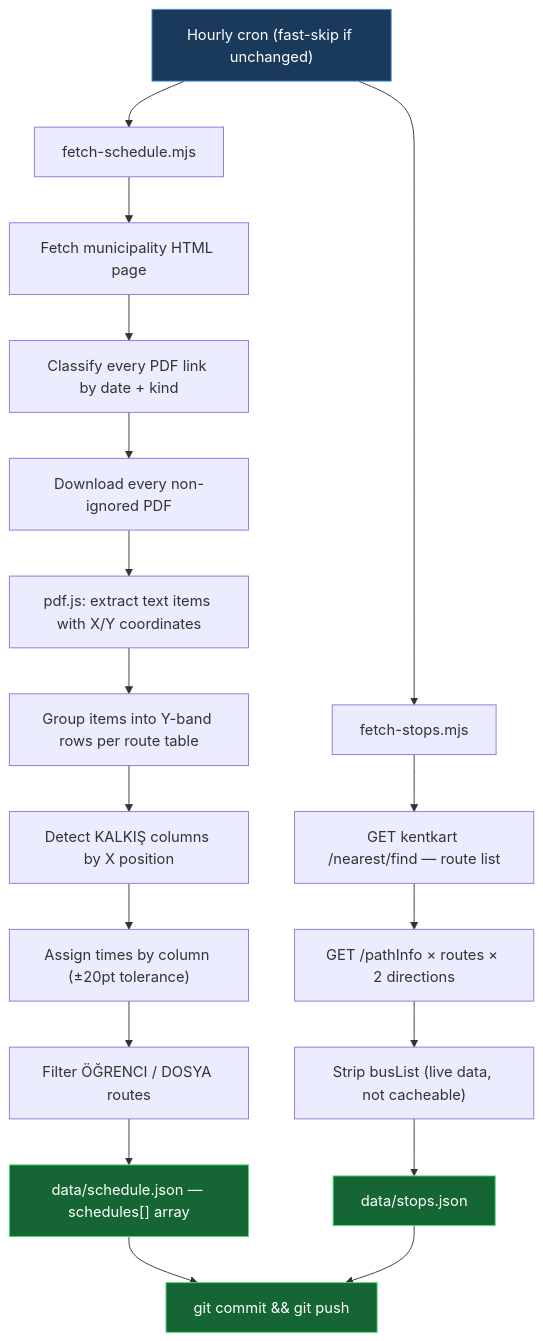
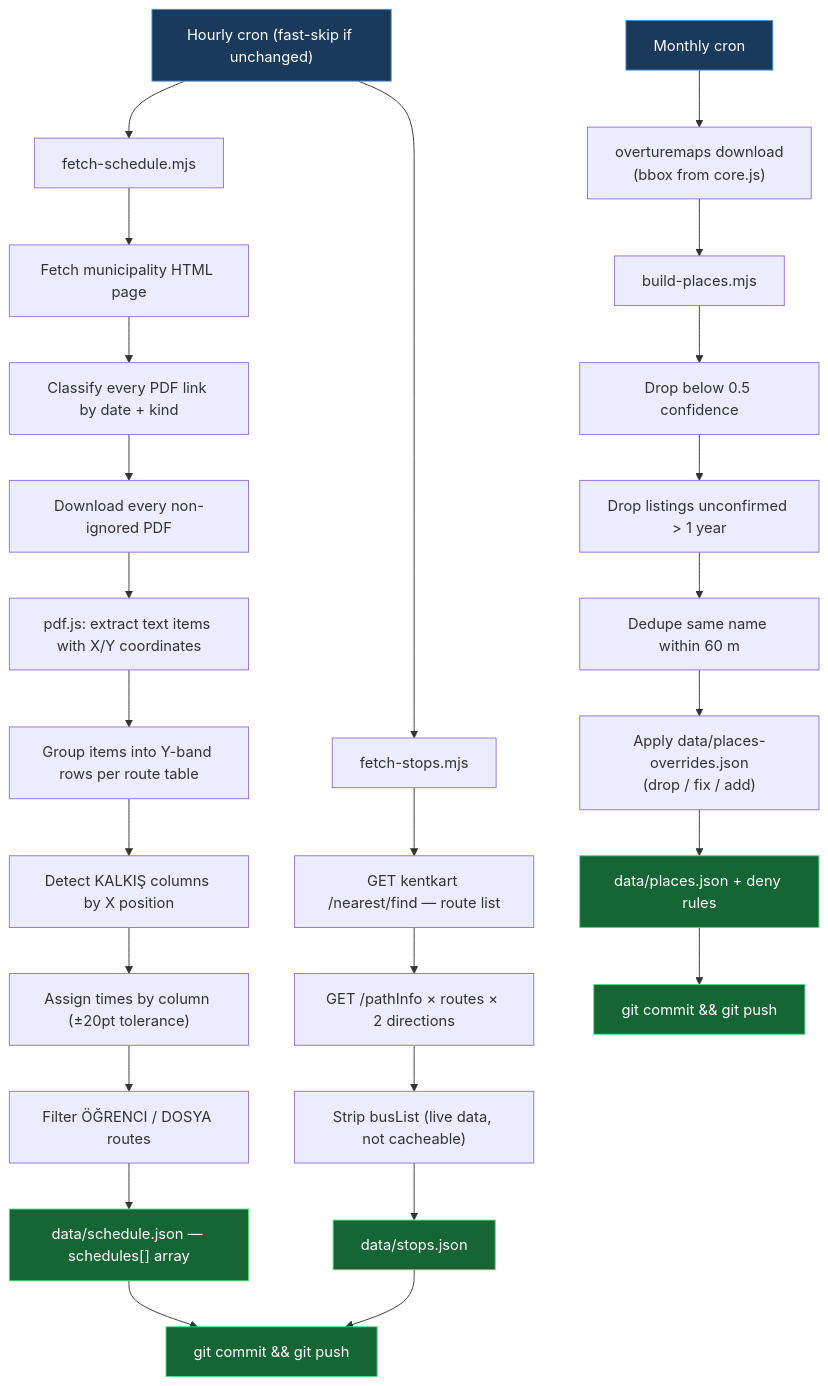
Before and after one commit to GamehunterKaan/kaangultekin.net: the third of 3 diagrams in _pages/projects/canakkale-hat-sefer.md, drawn with Mermaid. The commit also changed other lines of this file and 2 other files, not shown here.

```diff
--- a/_pages/projects/canakkale-hat-sefer.md
+++ b/_pages/projects/canakkale-hat-sefer.md
@@ -190,27 +209,39 @@
 <div class="mermaid">
 flowchart TD
     A["Hourly cron (fast-skip if unchanged)"] --> B["fetch-schedule.mjs"]
     B --> C["Fetch municipality HTML page"]
     C --> D["Classify every PDF link by date + kind"]
     D --> E["Download every non-ignored PDF"]
     E --> F["pdf.js: extract text items with X/Y coordinates"]
     F --> G["Group items into Y-band rows per route table"]
     G --> H["Detect KALKIŞ columns by X position"]
     H --> I["Assign times by column (±20pt tolerance)"]
     I --> J["Filter ÖĞRENCI / DOSYA routes"]
     J --> K["data/schedule.json — schedules[] array"]
 
     A --> L["fetch-stops.mjs"]
     L --> M["GET kentkart /nearest/find — route list"]
     M --> N["GET /pathInfo × routes × 2 directions"]
     N --> O["Strip busList (live data, not cacheable)"]
     O --> P["data/stops.json"]
 
     K --> Q["git commit && git push"]
     P --> Q
 
+    R["Monthly cron"] --> S["overturemaps download<br/>(bbox from core.js)"]
+    S --> T["build-places.mjs"]
+    T --> U["Drop below 0.5 confidence"]
+    U --> V["Drop listings unconfirmed &gt; 1 year"]
+    V --> W["Dedupe same name within 60 m"]
+    W --> X["Apply data/places-overrides.json<br/>(drop / fix / add)"]
+    X --> Y["data/places.json + deny rules"]
+    Y --> Z["git commit && git push"]
+
     style A fill:#1a3a5c,stroke:#4a90d9,color:#fff
     style K fill:#166534,stroke:#4ade80,color:#fff
     style P fill:#166534,stroke:#4ade80,color:#fff
     style Q fill:#166534,stroke:#4ade80,color:#fff
+    style R fill:#1a3a5c,stroke:#4a90d9,color:#fff
+    style Y fill:#166534,stroke:#4ade80,color:#fff
+    style Z fill:#166534,stroke:#4ade80,color:#fff
 </div>
```
